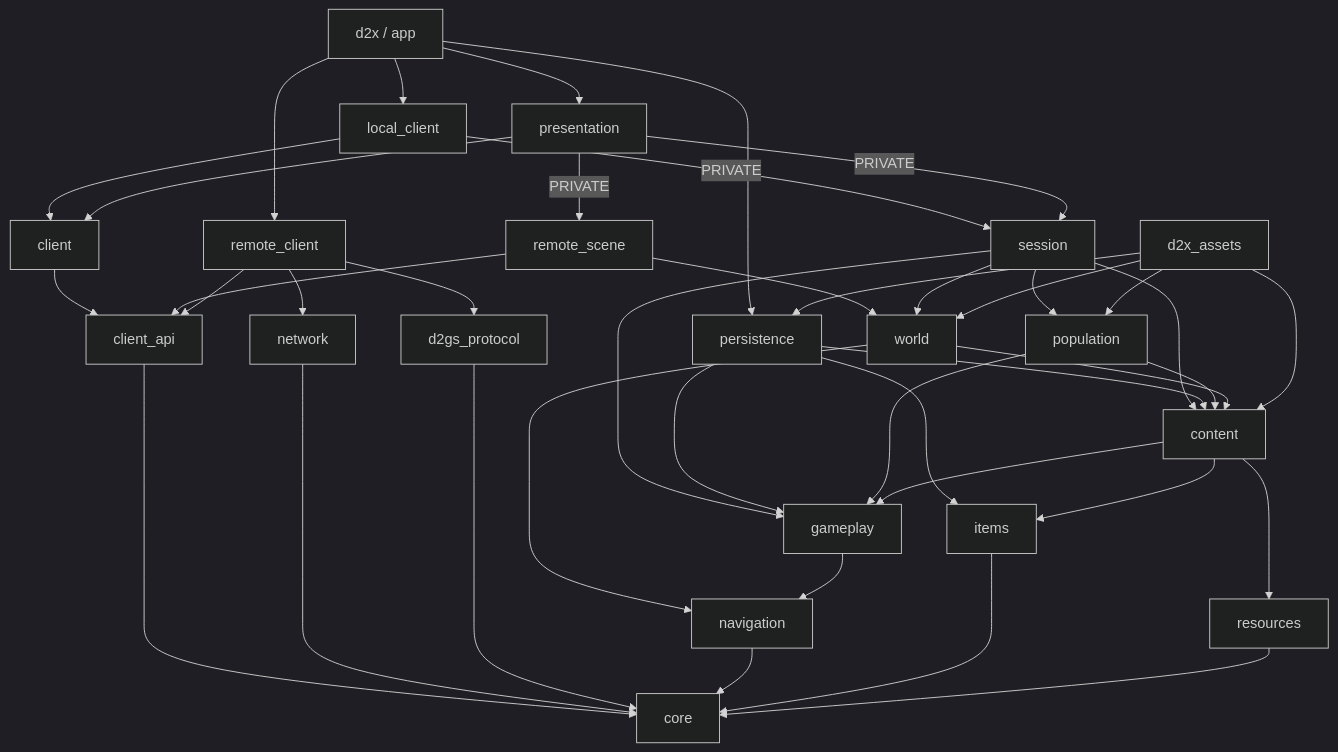
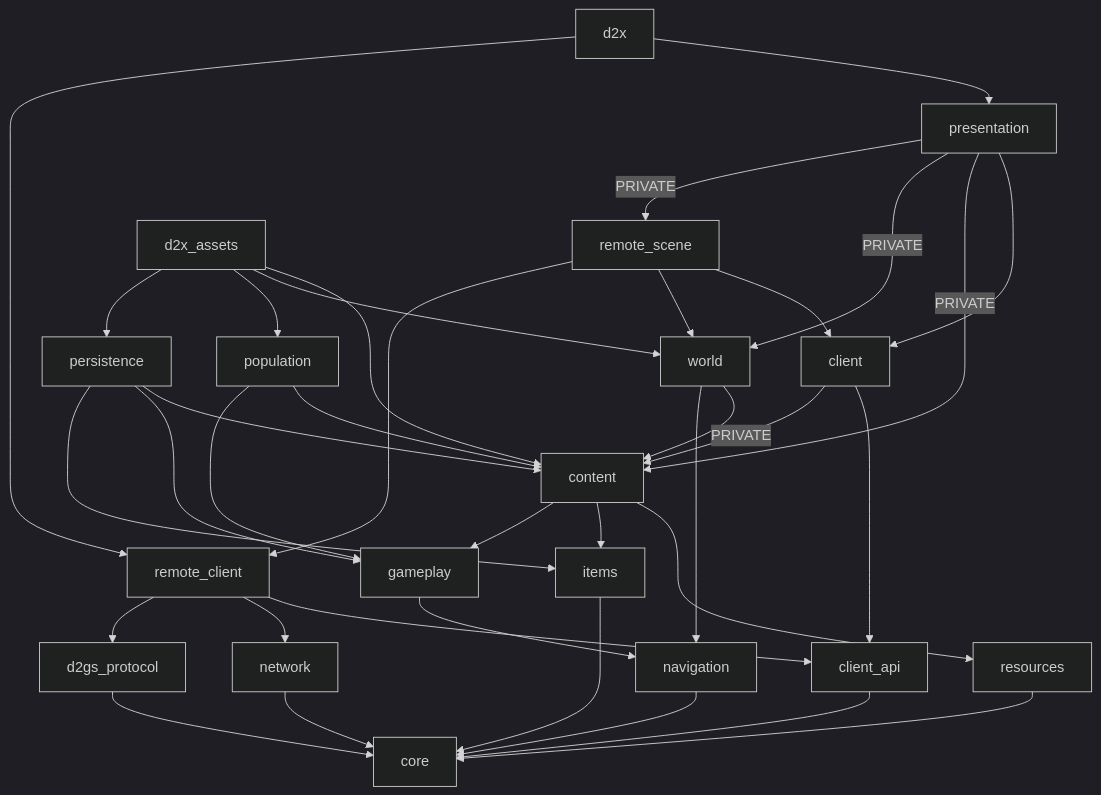
One commit to bombzj/d2x changed the diagram in docs/architecture/OVERVIEW.md. Above: the diagram before and after it, drawn with Mermaid (dark theme). The commit also changed other lines of this file and 448 other files, not shown here.

First line of the commit message:
Unify online presentation and remove local executors

````diff
--- a/docs/architecture/OVERVIEW.md
+++ b/docs/architecture/OVERVIEW.md
@@ -43,43 +34,38 @@
 ```mermaid
 flowchart TD
-    app["d2x / app"] --> presentation
-    app --> persistence
-    app --> local_client
+    app[d2x] --> presentation
     app --> remote_client
-    local_client --> client
+    presentation --> client
+    presentation -->|PRIVATE| content
+    presentation -->|PRIVATE| world
+    presentation -->|PRIVATE| remote_scene
     client --> client_api
-    local_client -->|PRIVATE| session
-    presentation --> client
-    presentation -->|PRIVATE| remote_scene
-    remote_scene --> client_api
+    client -->|PRIVATE| content
+    remote_scene --> client
     remote_scene --> world
+    remote_scene --> remote_client
     client_api --> core
     remote_client --> client_api
     remote_client --> network
     remote_client --> d2gs_protocol
     network --> core
     d2gs_protocol --> core
-    presentation -->|PRIVATE| session
-    session --> gameplay
-    session --> world
-    session --> content
-    session --> population
+    assets[d2x_assets] --> content
+    assets --> world
+    assets --> population
+    assets --> persistence
+    population --> content
+    population --> gameplay
+    persistence --> content
     persistence --> gameplay
     persistence --> items
-    persistence --> content
-    population --> content
-    population --> gameplay
     world --> content
     world --> navigation
     content --> resources
     content --> items
     content --> gameplay
     gameplay --> navigation
     navigation --> core
     items --> core
     resources --> core
-    assets["d2x_assets"] --> content
-    assets --> world
-    assets --> population
-    assets --> persistence
 ```
````
